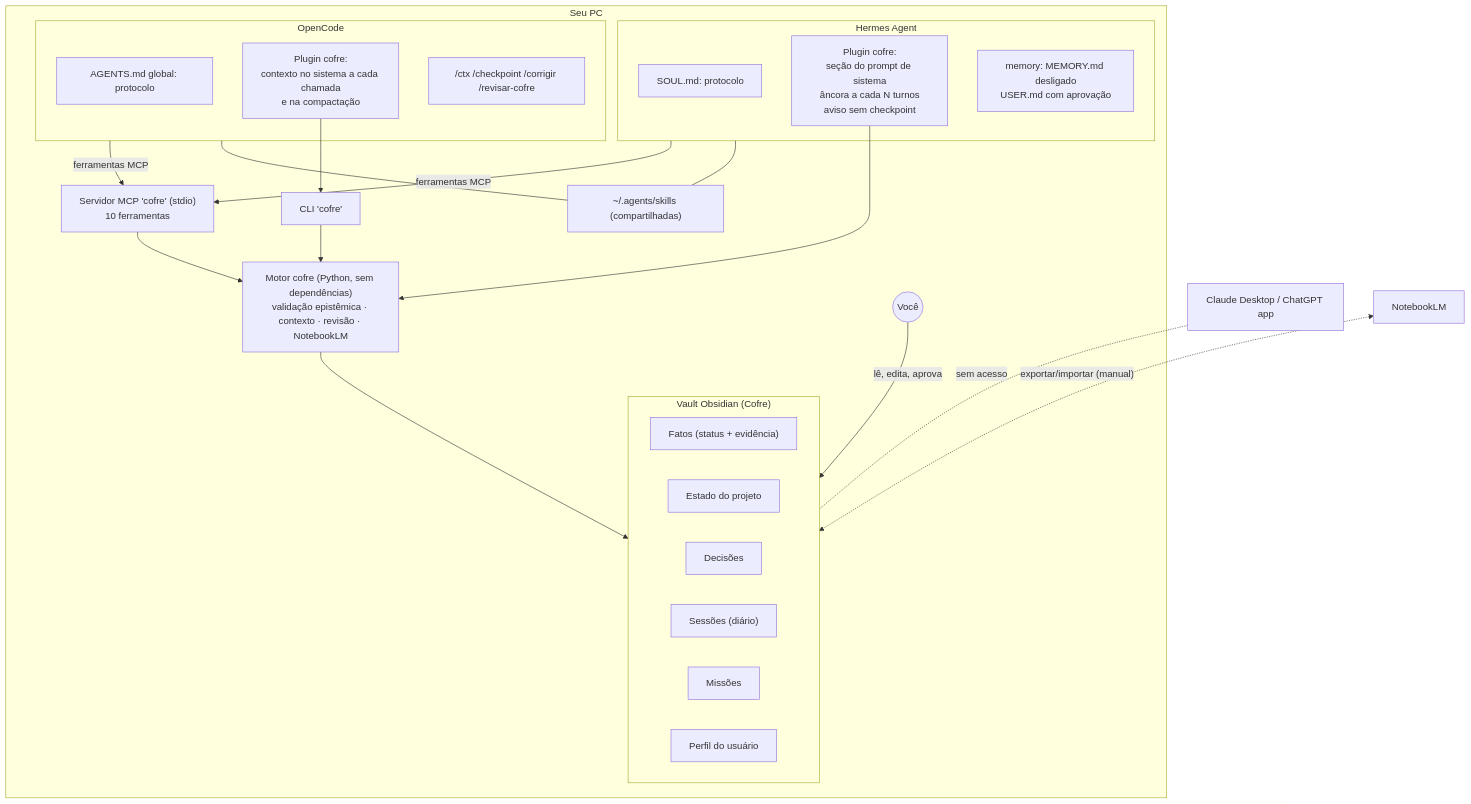
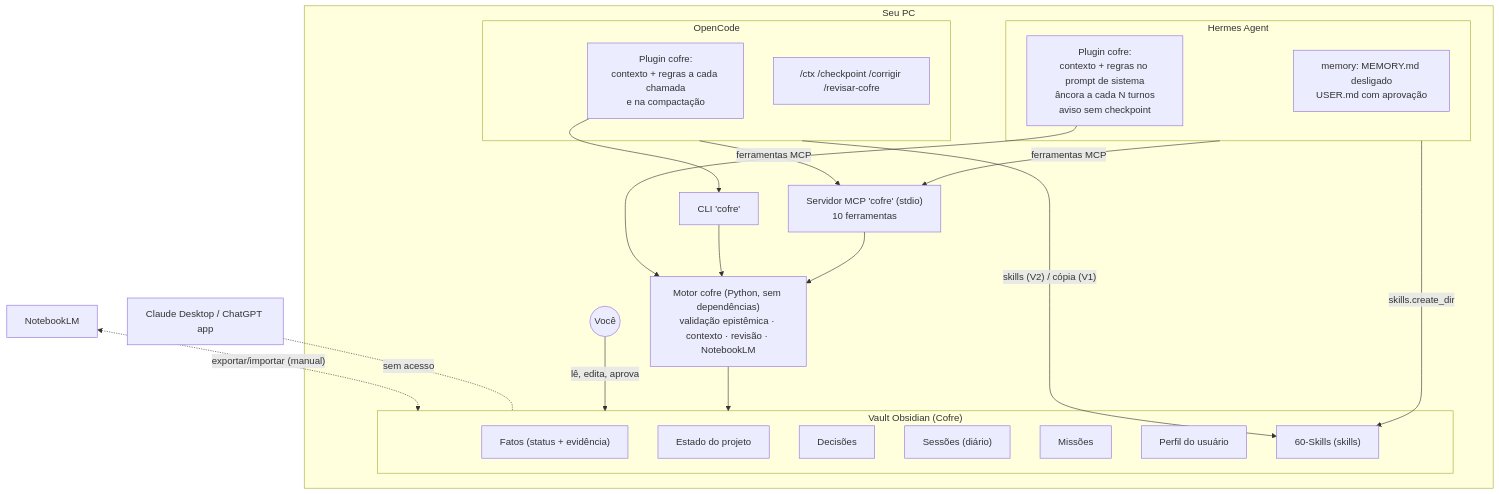
The diagram in docs/01-arquitetura.md (MarcBuzatto/sistema-hermes-opencode), drawn with Mermaid before and after one commit. The commit also changed other lines of this file and 34 other files, not shown here.

First line of the commit message:
Tira o cofre dos arquivos de instrução e guarda skills no vault

````diff
--- a/docs/01-arquitetura.md
+++ b/docs/01-arquitetura.md
@@ -24,40 +25,38 @@
 ```mermaid
 flowchart TB
     subgraph PC["Seu PC"]
         subgraph Vault["Vault Obsidian (Cofre)"]
             F["Fatos (status + evidência)"]
             E["Estado do projeto"]
             D["Decisões"]
             S["Sessões (diário)"]
             M["Missões"]
             P["Perfil do usuário"]
+            K["60-Skills (skills)"]
         end
         Motor["Motor cofre (Python, sem dependências)<br/>validação epistêmica · contexto · revisão · NotebookLM"]
         MCP["Servidor MCP 'cofre' (stdio)<br/>10 ferramentas"]
         CLI["CLI 'cofre'"]
         Motor --> Vault
         MCP --> Motor
         CLI --> Motor
 
         subgraph Hermes["Hermes Agent"]
-            HS["SOUL.md: protocolo"]
-            HP["Plugin cofre:<br/>seção do prompt de sistema<br/>âncora a cada N turnos<br/>aviso sem checkpoint"]
+            HP["Plugin cofre:<br/>contexto + regras no prompt de sistema<br/>âncora a cada N turnos<br/>aviso sem checkpoint"]
             HM["memory: MEMORY.md desligado<br/>USER.md com aprovação"]
         end
         subgraph OpenCode["OpenCode"]
-            OA["AGENTS.md global: protocolo"]
-            OP["Plugin cofre:<br/>contexto no sistema a cada chamada<br/>e na compactação"]
+            OP["Plugin cofre:<br/>contexto + regras a cada chamada<br/>e na compactação"]
             OC["/ctx /checkpoint /corrigir /revisar-cofre"]
         end
-        Skills["~/.agents/skills (compartilhadas)"]
         Hermes -- "ferramentas MCP" --> MCP
         OpenCode -- "ferramentas MCP" --> MCP
         HP --> Motor
         OP --> CLI
-        Hermes --- Skills
-        OpenCode --- Skills
+        Hermes -- "skills.create_dir" --> K
+        OpenCode -- "skills (V2) / cópia (V1)" --> K
         Voce(("Você")) -- "lê, edita, aprova" --> Vault
     end
     Apps["Claude Desktop / ChatGPT app"] -. "sem acesso" .- Vault
     NLM["NotebookLM"] <-. "exportar/importar (manual)" .-> Vault
 ```
````
